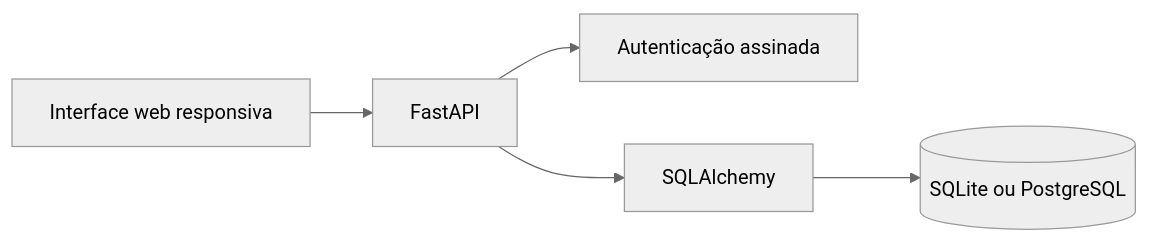
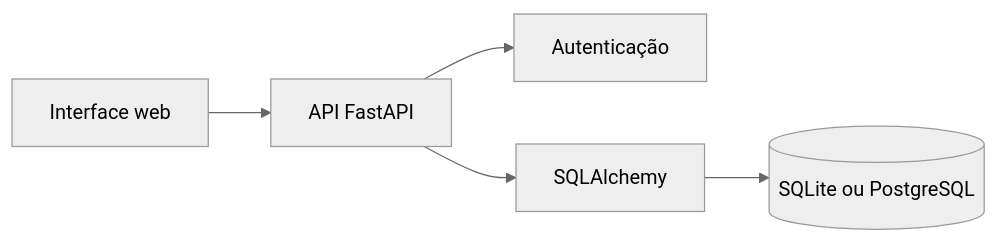
Before and after one commit to leonardo-h-oliveira/smart-carpool: the diagram in README.md, drawn with Mermaid (neutral theme). The commit also changed other lines of this file and 1 other file, not shown here.

````diff
--- a/README.md
+++ b/README.md
@@ -105,7 +47,7 @@
 ```mermaid
 flowchart LR
-    UI[Interface web responsiva] --> API[FastAPI]
-    API --> AUTH[Autenticação assinada]
+    UI[Interface web] --> API[API FastAPI]
+    API --> AUTH[Autenticação]
     API --> ORM[SQLAlchemy]
     ORM --> DB[(SQLite ou PostgreSQL)]
 ```
````
